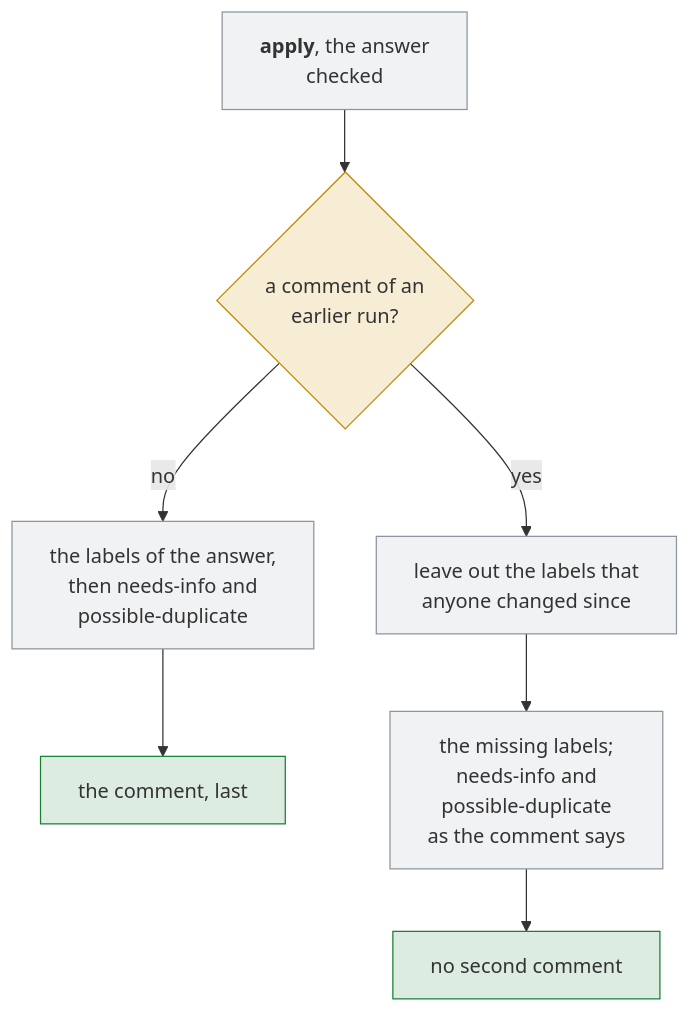
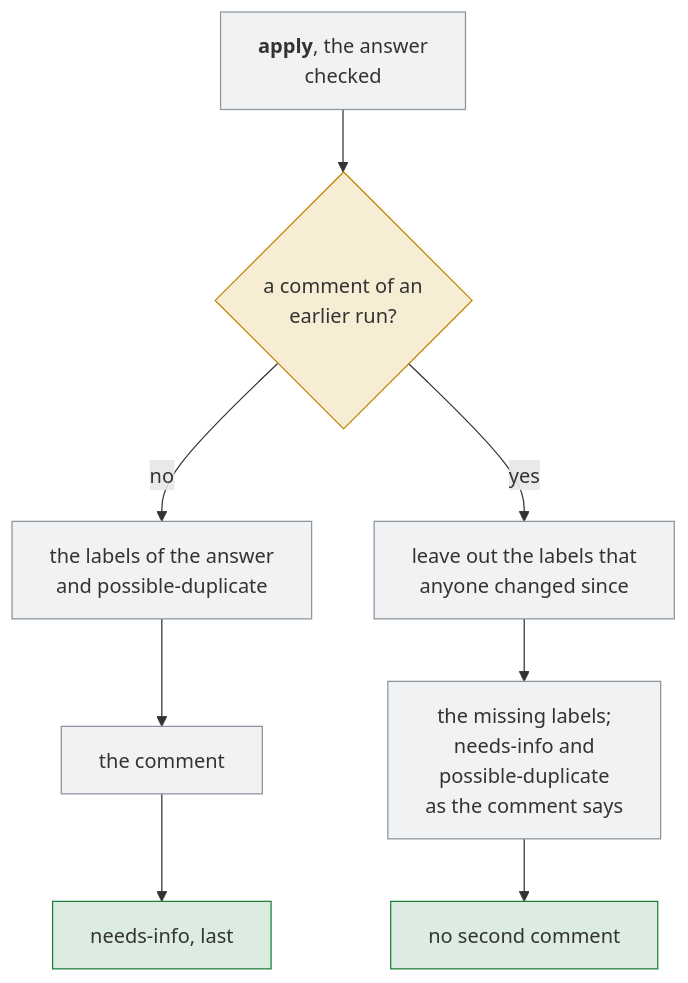
Before and after one commit to Dennis-Otto/issue-assistant: the seventh of 8 diagrams in docs/architecture.md, drawn with Mermaid. The commit also changed other lines of this file and 7 other files, not shown here.

First line of the commit message:
fix: add needs-info after the question and a fix's labels before its notice

````diff
--- a/docs/architecture.md
+++ b/docs/architecture.md
@@ -218,17 +218,18 @@
 ```mermaid
 flowchart TB
   accTitle: How a run of apply after a failed one avoids a second comment
-  accDescr: Apply looks for the comment of an earlier run of the same event. Without one, it adds the labels, then needs-info and possible-duplicate, and posts the comment last. With one, it posts nothing: it adds the labels of the answer and the lifecycle labels that the comment named, except the labels that anyone changed since the comment, and needs-info once the reporter answered.
+  accDescr: Apply looks for the comment of an earlier run of the same event. Without one, it adds the labels and possible-duplicate, posts the comment, and adds needs-info last, so that an issue never waits for an answer to a question that GitHub didn't post. With one, it posts nothing: it adds the labels of the answer and the lifecycle labels that the comment named, except the labels that anyone changed since the comment, and needs-info once the reporter answered.
   apply["<b>apply</b>, the answer<br/>checked"] --> earlier{"a comment of an<br/>earlier run?"}
-  earlier -- "no" --> labels["the labels of the answer,<br/>then needs-info and<br/>possible-duplicate"]
-  labels --> comment["the comment, last"]
+  earlier -- "no" --> labels["the labels of the answer<br/>and possible-duplicate"]
+  labels --> comment["the comment"]
+  comment --> waiting["needs-info, last"]
   earlier -- "yes" --> changed["leave out the labels that<br/>anyone changed since"]
   changed --> complete["the missing labels;<br/>needs-info and<br/>possible-duplicate<br/>as the comment says"]
   complete --> none["no second comment"]
   classDef question fill:#d4a72c33,stroke:#bf8700
   classDef job fill:#8c959f1f,stroke:#8c959f
   classDef safe fill:#1a7f3726,stroke:#1a7f37
   class earlier question
-  class apply,labels,changed,complete job
-  class comment,none safe
+  class apply,labels,comment,changed,complete job
+  class waiting,none safe
 ```
````
